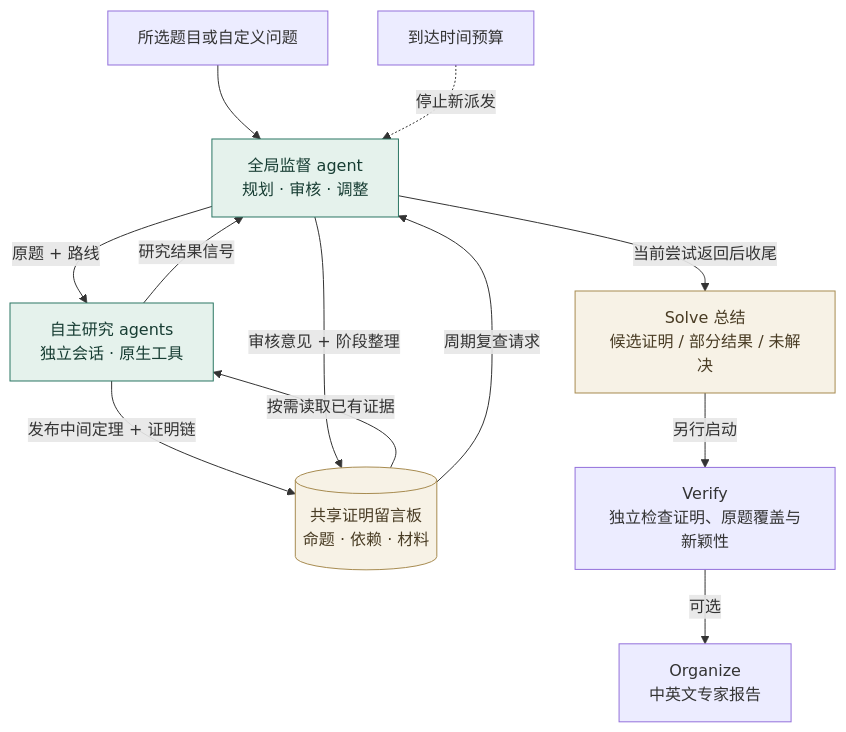
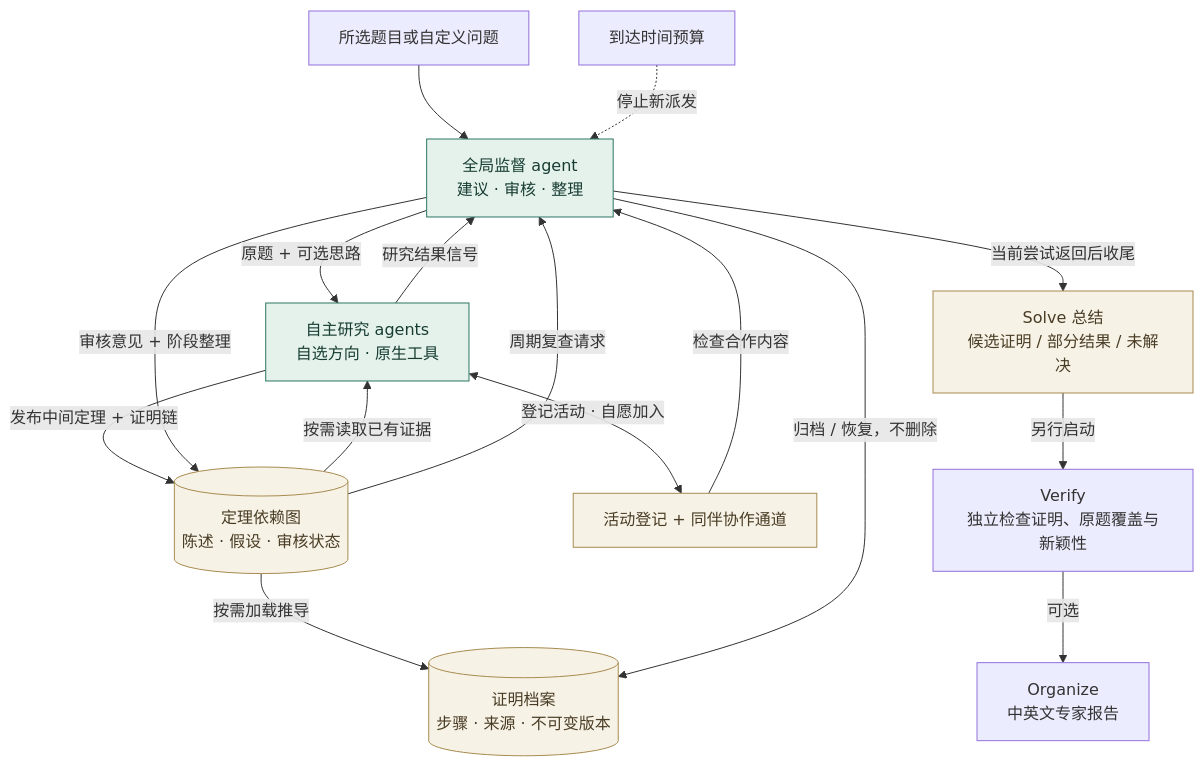
One commit to intern233/MathLottery changed the diagram in README.cn.md. Above: the diagram before and after it, drawn with Mermaid. The commit also changed other lines of this file and 75 other files, not shown here.

````diff
--- a/README.cn.md
+++ b/README.cn.md
@@ -50,18 +54,22 @@
 ```mermaid
 flowchart TD
-    P["所选题目或自定义问题"] --> S["全局监督 agent<br/>规划 · 审核 · 调整"]
-    S -->|"原题 + 路线"| R["自主研究 agents<br/>独立会话 · 原生工具"]
+    P["所选题目或自定义问题"] --> S["全局监督 agent<br/>建议 · 审核 · 整理"]
+    S -->|"原题 + 可选思路"| R["自主研究 agents<br/>自选方向 · 原生工具"]
     R -->|"研究结果信号"| S
-    R -->|"发布中间定理 + 证明链"| B[("共享证明留言板<br/>命题 · 依赖 · 材料")]
+    R -->|"发布中间定理 + 证明链"| B[("定理依赖图<br/>陈述 · 假设 · 审核状态")]
+    B -->|"按需加载推导"| A[("证明档案<br/>步骤 · 来源 · 不可变版本")]
+    R <-->|"登记活动 · 自愿加入"| C["活动登记 + 同伴协作通道"]
+    C -->|"检查合作内容"| S
+    S -->|"归档 / 恢复，不删除"| A
     B -->|"按需读取已有证据"| R
     B -->|"周期复查请求"| S
     S -->|"审核意见 + 阶段整理"| B
     T["到达时间预算"] -.->|"停止新派发"| S
     S -->|"当前尝试返回后收尾"| O["Solve 总结<br/>候选证明 / 部分结果 / 未解决"]
     O -->|"另行启动"| V["Verify<br/>独立检查证明、原题覆盖与新颖性"]
     V -->|"可选"| H["Organize<br/>中英文专家报告"]
     classDef agent fill:#e5f2ec,stroke:#2b7663,color:#173d33;
     classDef record fill:#f7f2e6,stroke:#a78b50,color:#493c24;
     class S,R agent;
-    class B,O record;
+    class B,O,A,C record;
 ```
````
